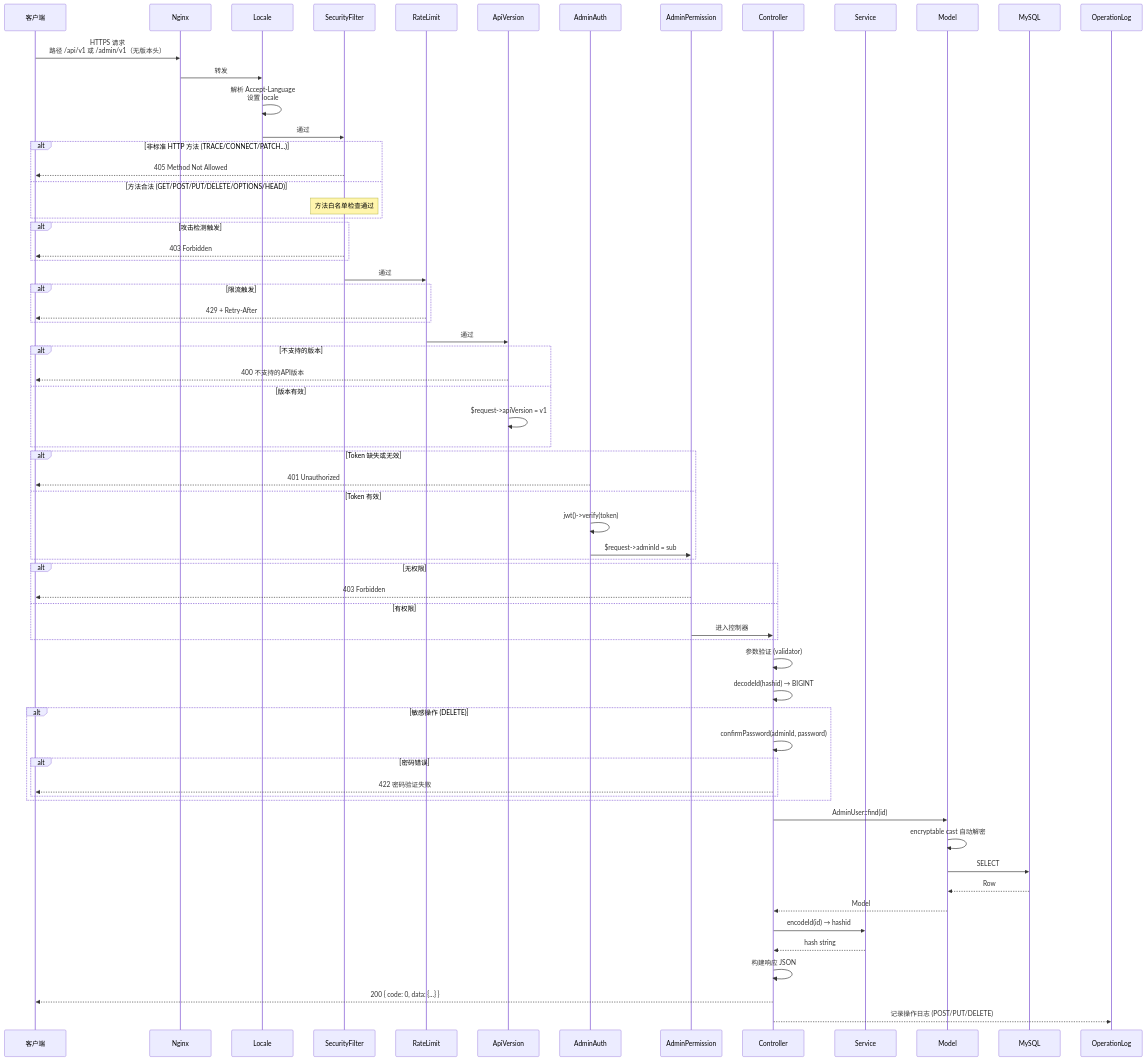
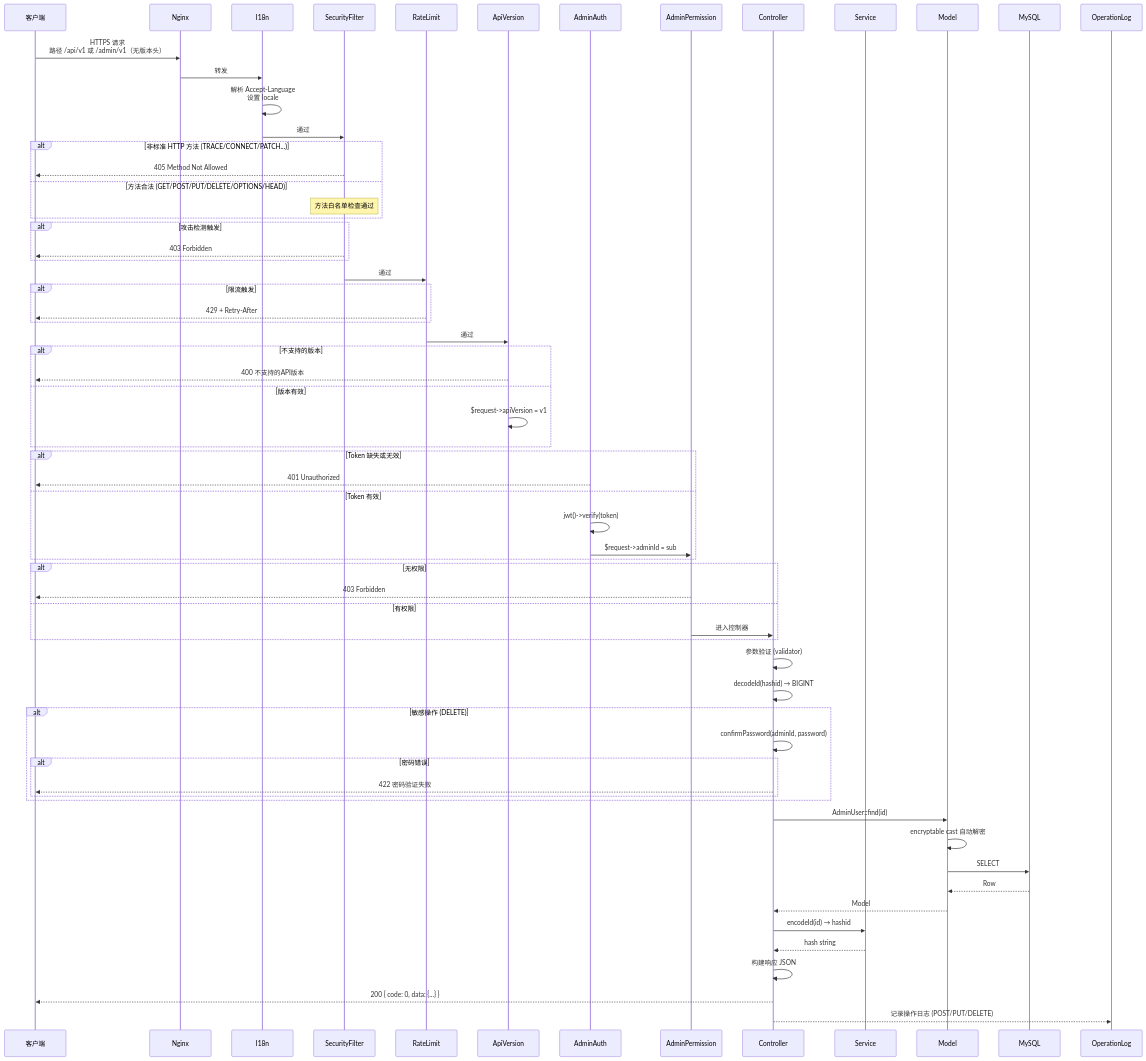
The third of 20 diagrams in docs/ARCHITECTURE.md (erikwang2013/erp-php), drawn with Mermaid before and after one commit. The commit also changed other lines of this file and 8 other files, not shown here.

````diff
--- a/docs/ARCHITECTURE.md
+++ b/docs/ARCHITECTURE.md
@@ -157,81 +178,81 @@
 ```mermaid
 sequenceDiagram
     participant C as 客户端
     participant N as Nginx
-    participant MW_LOC as Locale
+    participant MW_LOC as I18n
     participant MW_SF as SecurityFilter
     participant MW_RL as RateLimit
     participant MW0 as ApiVersion
     participant MW1 as AdminAuth
     participant MW2 as AdminPermission
     participant CTL as Controller
     participant SVC as Service
     participant MDL as Model
     participant DB as MySQL
     participant OPLOG as OperationLog
 
     C->>N: HTTPS 请求<br/>路径 /api/v1 或 /admin/v1（无版本头）
     N->>MW_LOC: 转发
     MW_LOC->>MW_LOC: 解析 Accept-Language<br/>设置 locale
     MW_LOC->>MW_SF: 通过
 
     alt 非标准 HTTP 方法 (TRACE/CONNECT/PATCH...)
         MW_SF-->>C: 405 Method Not Allowed
     else 方法合法 (GET/POST/PUT/DELETE/OPTIONS/HEAD)
         Note over MW_SF: 方法白名单检查通过
     end
 
     alt 攻击检测触发
         MW_SF-->>C: 403 Forbidden
     end
 
     MW_SF->>MW_RL: 通过
 
     alt 限流触发
         MW_RL-->>C: 429 + Retry-After
     end
 
     MW_RL->>MW0: 通过
 
     alt 不支持的版本
         MW0-->>C: 400 不支持的API版本
     else 版本有效
         MW0->>MW0: $request->apiVersion = v1
     end
 
     alt Token 缺失或无效
         MW1-->>C: 401 Unauthorized
     else Token 有效
         MW1->>MW1: jwt()->verify(token)
         MW1->>MW2: $request->adminId = sub
     end
 
     alt 无权限
         MW2-->>C: 403 Forbidden
     else 有权限
         MW2->>CTL: 进入控制器
     end
 
     CTL->>CTL: 参数验证 (validator)
     CTL->>CTL: decodeId(hashid) → BIGINT
 
     alt 敏感操作 (DELETE)
         CTL->>CTL: confirmPassword(adminId, password)
         alt 密码错误
             CTL-->>C: 422 密码验证失败
         end
     end
 
     CTL->>MDL: AdminUser::find(id)
     MDL->>MDL: encryptable cast 自动解密
     MDL->>DB: SELECT
     DB-->>MDL: Row
     MDL-->>CTL: Model
 
     CTL->>SVC: encodeId(id) → hashid
     SVC-->>CTL: hash string
 
     CTL->>CTL: 构建响应 JSON
     CTL-->>C: 200 { code: 0, data: {...} }
     CTL-->>OPLOG: 记录操作日志 (POST/PUT/DELETE)
 ```
````
